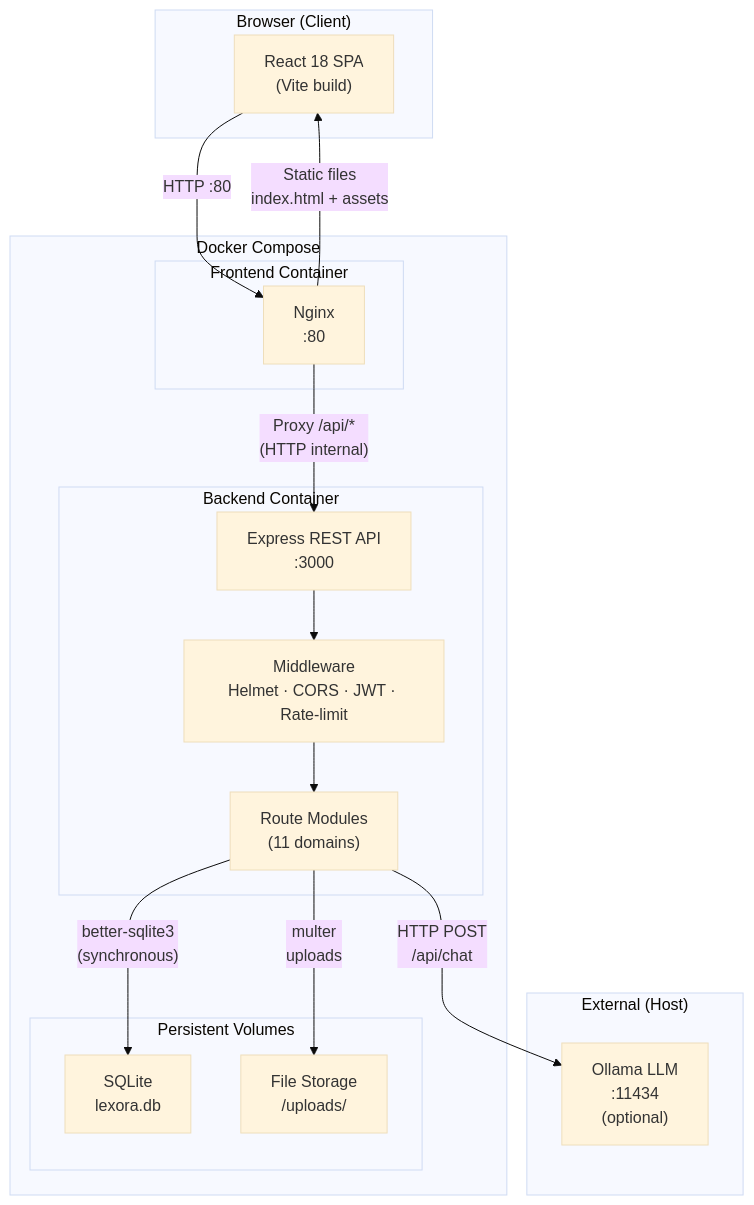
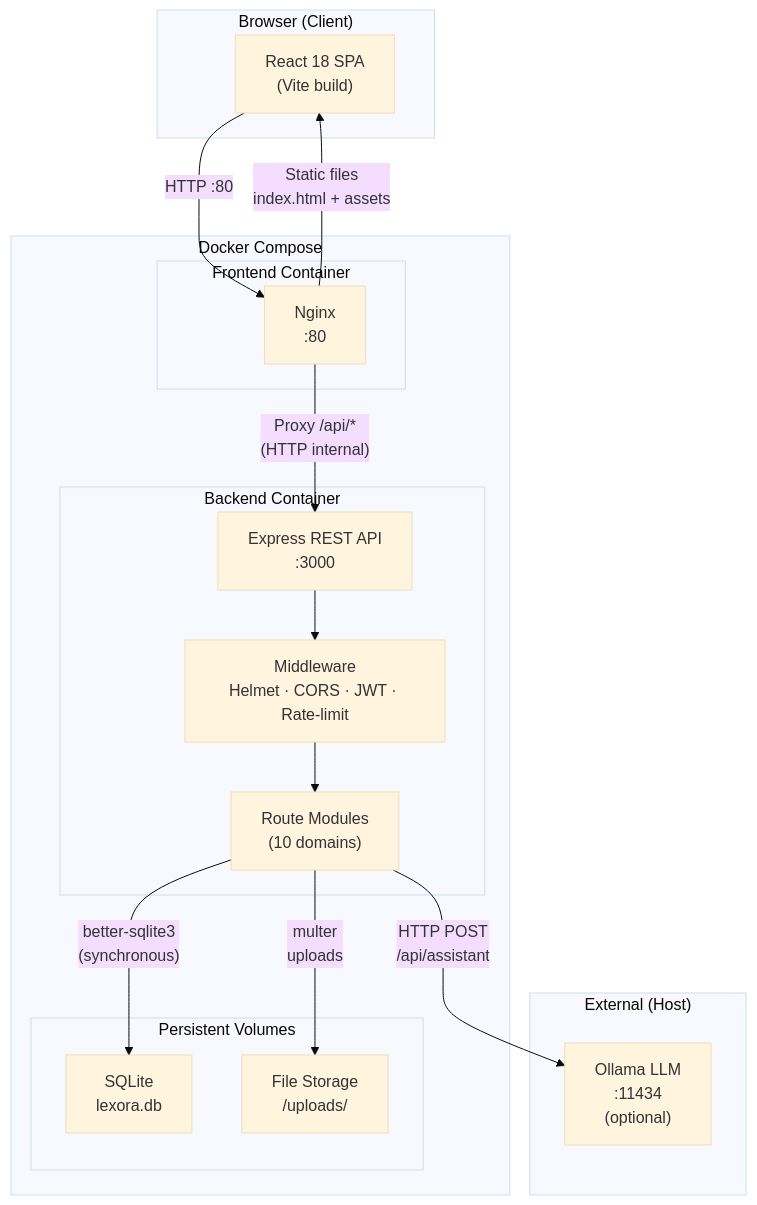
The first of 4 diagrams in README.md (poloelo/Lexora-V2), drawn with Mermaid (base theme) before and after one commit. The commit also changed other lines of this file and 3 other files, not shown here.

````diff
--- a/README.md
+++ b/README.md
@@ -64,36 +86,36 @@
 ```mermaid
 graph TB
     subgraph Client["Browser (Client)"]
         React["React 18 SPA\n(Vite build)"]
     end
 
     subgraph Docker["Docker Compose"]
         subgraph FrontendContainer["Frontend Container"]
             Nginx["Nginx\n:80"]
         end
 
         subgraph BackendContainer["Backend Container"]
             Express["Express REST API\n:3000"]
-            Routes["Route Modules\n(11 domains)"]
+            Routes["Route Modules\n(10 domains)"]
             Middleware["Middleware\nHelmet · CORS · JWT · Rate-limit"]
         end
 
         subgraph Data["Persistent Volumes"]
             SQLite["SQLite\nlexora.db"]
             Uploads["File Storage\n/uploads/"]
         end
     end
 
     subgraph External["External (Host)"]
         Ollama["Ollama LLM\n:11434\n(optional)"]
     end
 
     React -- "HTTP :80" --> Nginx
     Nginx -- "Static files\nindex.html + assets" --> React
     Nginx -- "Proxy /api/*\n(HTTP internal)" --> Express
     Express --> Middleware
     Middleware --> Routes
     Routes -- "better-sqlite3\n(synchronous)" --> SQLite
     Routes -- "multer\nuploads" --> Uploads
-    Routes -- "HTTP POST\n/api/chat" --> Ollama
+    Routes -- "HTTP POST\n/api/assistant" --> Ollama
 ```
````
